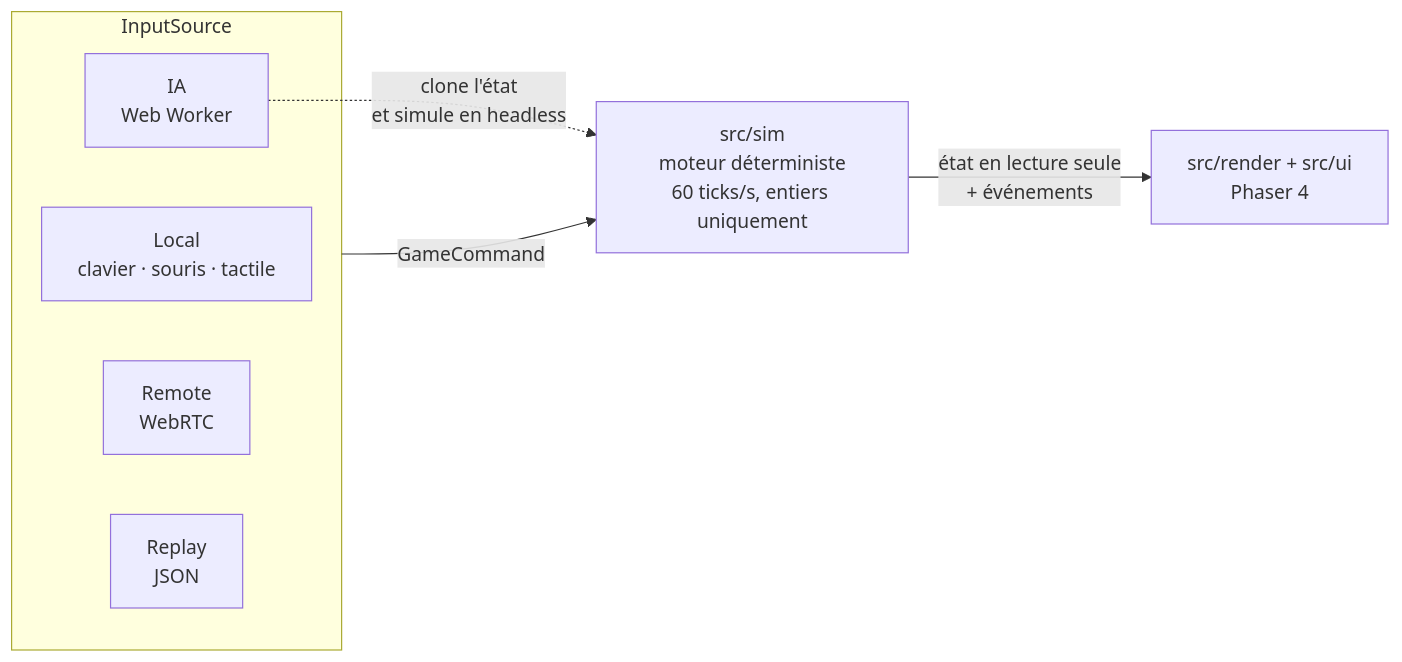
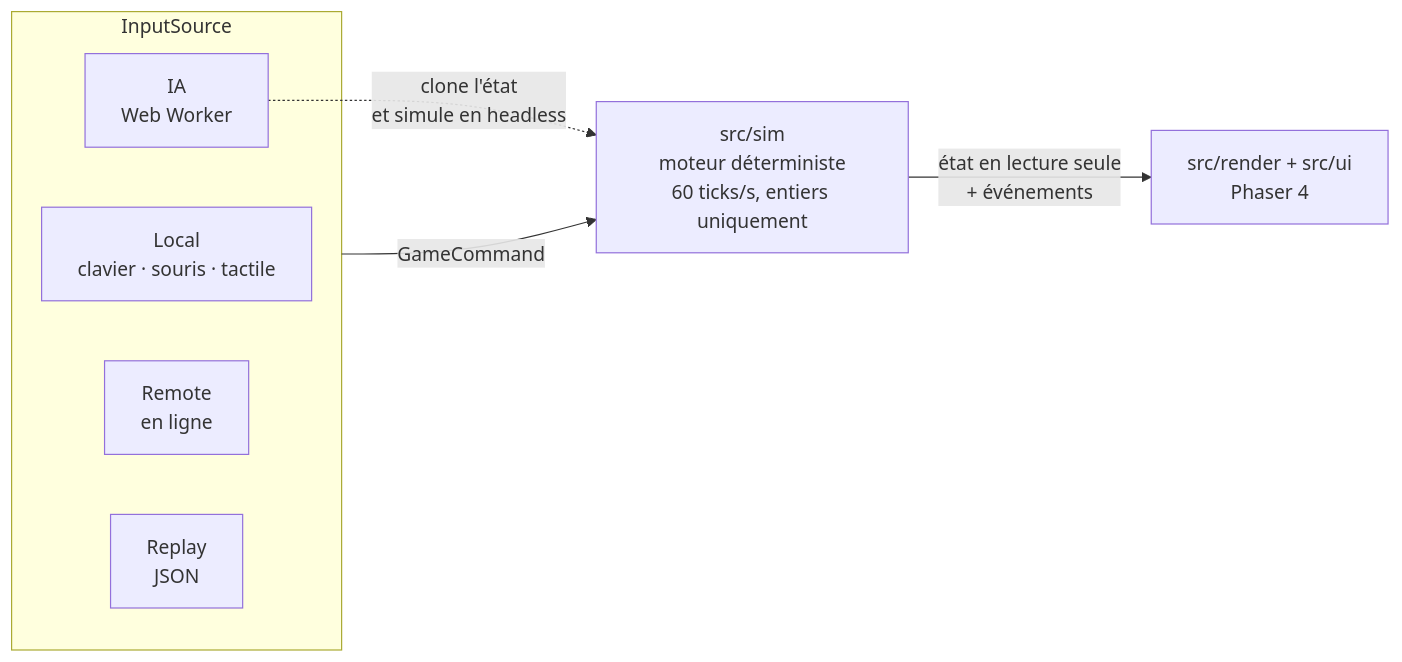
Before and after one commit to vynarim/Medievers: the diagram in README.md, drawn with Mermaid. The commit also changed other lines of this file and 10 other files, not shown here.

````diff
--- a/README.md
+++ b/README.md
@@ -115,12 +114,12 @@
 ```mermaid
 flowchart LR
     subgraph inputs["InputSource"]
         L[Local<br/>clavier · souris · tactile]
         A[IA<br/>Web Worker]
-        R[Remote<br/>WebRTC]
+        R[Remote<br/>en ligne]
         P[Replay<br/>JSON]
     end
     inputs -- GameCommand --> S["src/sim<br/>moteur déterministe<br/>60 ticks/s, entiers uniquement"]
     S -- état en lecture seule<br/>+ événements --> V["src/render + src/ui<br/>Phaser 4"]
     A -. clone l'état<br/>et simule en headless .-> S
 ```
````
